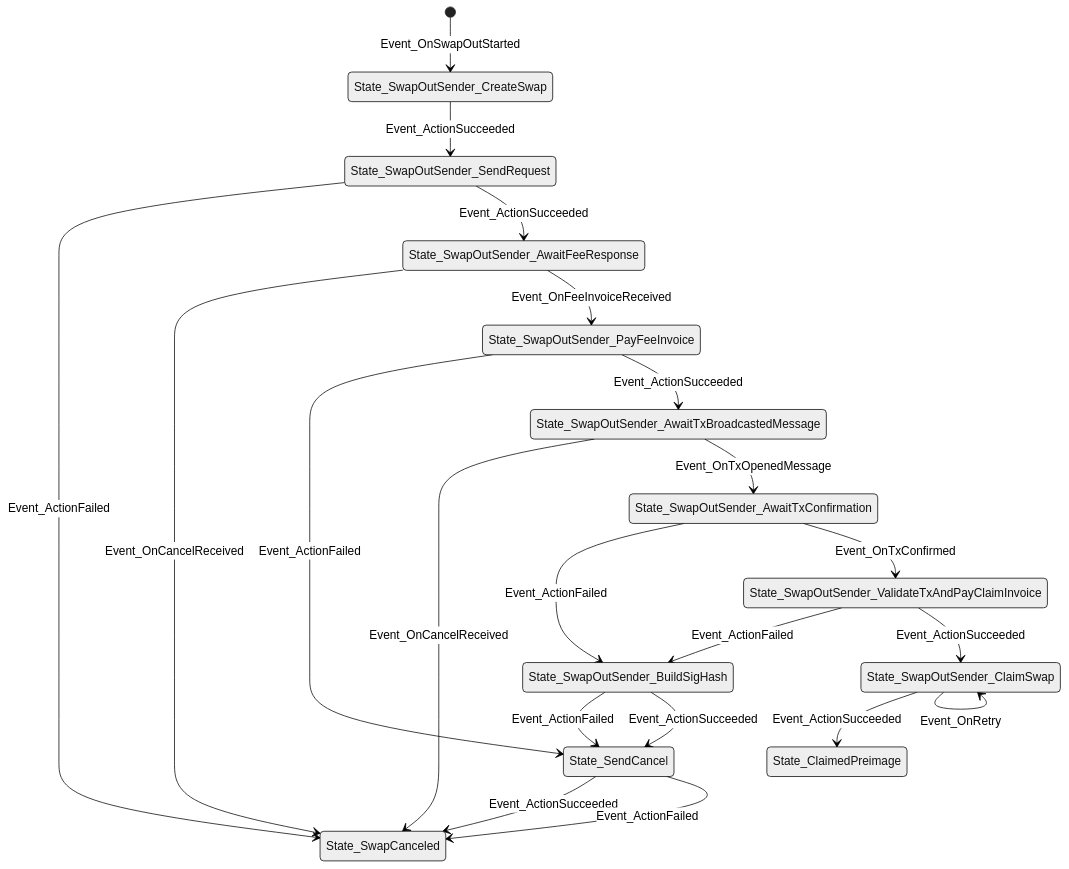
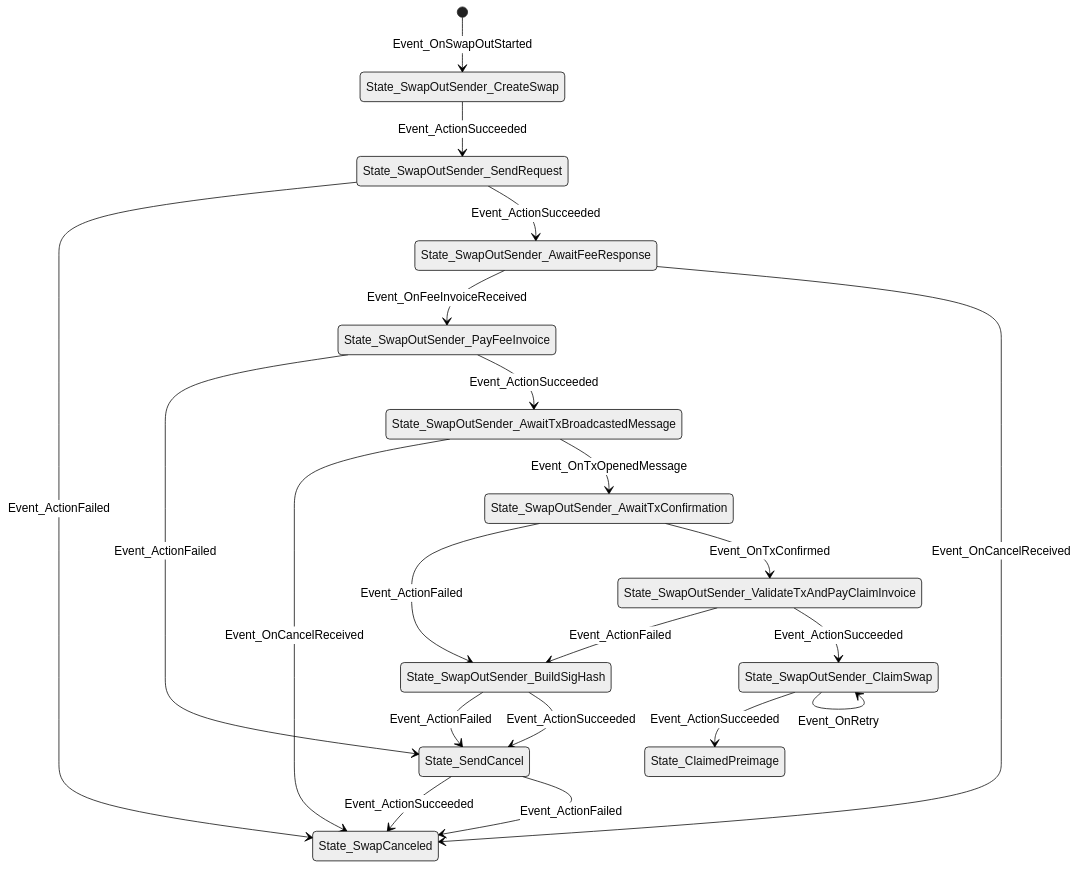
Before and after one commit to ElementsProject/peerswap: the diagram in docs/swap-out-sender-states.md, drawn with Mermaid (neutral theme). The commit also changed other lines of this file and 12 other files, not shown here.

````diff
--- a/docs/swap-out-sender-states.md
+++ b/docs/swap-out-sender-states.md
@@ -1,35 +1,35 @@
 ```mermaid
 stateDiagram-v2
+State_SendCancel
+State_SendCancel --> State_SwapCanceled: Event_ActionSucceeded
+State_SendCancel --> State_SwapCanceled: Event_ActionFailed
+State_SwapOutSender_ClaimSwap
+State_SwapOutSender_ClaimSwap --> State_ClaimedPreimage: Event_ActionSucceeded
+State_SwapOutSender_ClaimSwap --> State_SwapOutSender_ClaimSwap: Event_OnRetry
+State_ClaimedPreimage
+[*] --> State_SwapOutSender_CreateSwap: Event_OnSwapOutStarted
+State_SwapOutSender_CreateSwap
+State_SwapOutSender_CreateSwap --> State_SwapOutSender_SendRequest: Event_ActionSucceeded
 State_SwapOutSender_AwaitFeeResponse
+State_SwapOutSender_AwaitFeeResponse --> State_SwapOutSender_PayFeeInvoice: Event_OnFeeInvoiceReceived
 State_SwapOutSender_AwaitFeeResponse --> State_SwapCanceled: Event_OnCancelReceived
-State_SwapOutSender_AwaitFeeResponse --> State_SwapOutSender_PayFeeInvoice: Event_OnFeeInvoiceReceived
+State_SwapOutSender_AwaitTxBroadcastedMessage
+State_SwapOutSender_AwaitTxBroadcastedMessage --> State_SwapCanceled: Event_OnCancelReceived
+State_SwapOutSender_AwaitTxBroadcastedMessage --> State_SwapOutSender_AwaitTxConfirmation: Event_OnTxOpenedMessage
+State_SwapOutSender_BuildSigHash
+State_SwapOutSender_BuildSigHash --> State_SendCancel: Event_ActionFailed
+State_SwapOutSender_BuildSigHash --> State_SendCancel: Event_ActionSucceeded
+State_SwapCanceled
+State_SwapOutSender_SendRequest
+State_SwapOutSender_SendRequest --> State_SwapCanceled: Event_ActionFailed
+State_SwapOutSender_SendRequest --> State_SwapOutSender_AwaitFeeResponse: Event_ActionSucceeded
 State_SwapOutSender_PayFeeInvoice
 State_SwapOutSender_PayFeeInvoice --> State_SendCancel: Event_ActionFailed
 State_SwapOutSender_PayFeeInvoice --> State_SwapOutSender_AwaitTxBroadcastedMessage: Event_ActionSucceeded
-State_SwapOutSender_AwaitTxBroadcastedMessage
-State_SwapOutSender_AwaitTxBroadcastedMessage --> State_SwapCanceled: Event_OnCancelReceived
-State_SwapOutSender_AwaitTxBroadcastedMessage --> State_SwapOutSender_AwaitTxConfirmation: Event_OnTxOpenedMessage
-State_SendCancel
-State_SendCancel --> State_SwapCanceled: Event_ActionSucceeded
-State_SendCancel --> State_SwapCanceled: Event_ActionFailed
 State_SwapOutSender_AwaitTxConfirmation
 State_SwapOutSender_AwaitTxConfirmation --> State_SwapOutSender_BuildSigHash: Event_ActionFailed
 State_SwapOutSender_AwaitTxConfirmation --> State_SwapOutSender_ValidateTxAndPayClaimInvoice: Event_OnTxConfirmed
 State_SwapOutSender_ValidateTxAndPayClaimInvoice
 State_SwapOutSender_ValidateTxAndPayClaimInvoice --> State_SwapOutSender_BuildSigHash: Event_ActionFailed
 State_SwapOutSender_ValidateTxAndPayClaimInvoice --> State_SwapOutSender_ClaimSwap: Event_ActionSucceeded
-State_SwapOutSender_ClaimSwap
-State_SwapOutSender_ClaimSwap --> State_ClaimedPreimage: Event_ActionSucceeded
-State_SwapOutSender_ClaimSwap --> State_SwapOutSender_ClaimSwap: Event_OnRetry
-[*] --> State_SwapOutSender_CreateSwap: Event_OnSwapOutStarted
-State_SwapCanceled
-State_ClaimedPreimage
-State_SwapOutSender_BuildSigHash
-State_SwapOutSender_BuildSigHash --> State_SendCancel: Event_ActionFailed
-State_SwapOutSender_BuildSigHash --> State_SendCancel: Event_ActionSucceeded
-State_SwapOutSender_SendRequest
-State_SwapOutSender_SendRequest --> State_SwapCanceled: Event_ActionFailed
-State_SwapOutSender_SendRequest --> State_SwapOutSender_AwaitFeeResponse: Event_ActionSucceeded
-State_SwapOutSender_CreateSwap
-State_SwapOutSender_CreateSwap --> State_SwapOutSender_SendRequest: Event_ActionSucceeded
 ```
````
